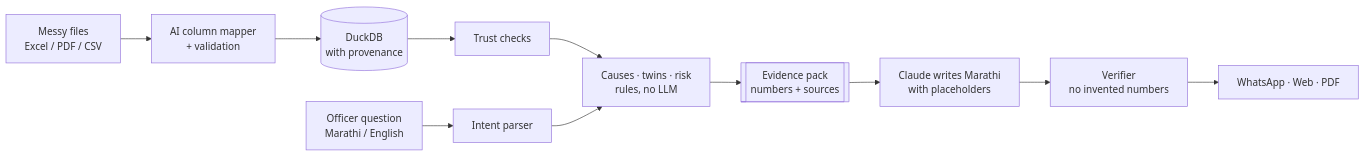
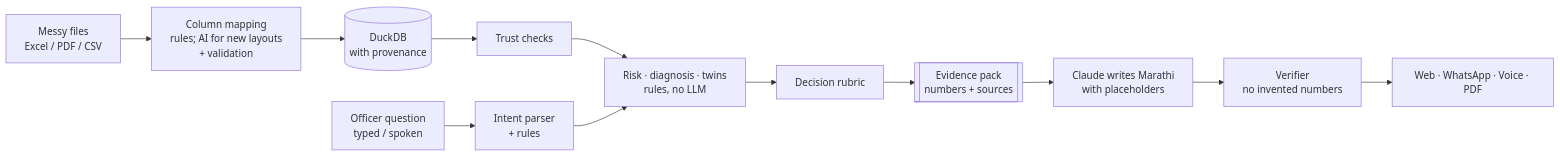
The diagram in README.md (DurgeshC16/Kaaran), drawn with Mermaid before and after one commit. The commit also changed other lines of this file and 28 other files, not shown here.

````diff
--- a/README.md
+++ b/README.md
@@ -42,12 +118,13 @@
 ```mermaid
 flowchart LR
-  A[Messy files<br/>Excel / PDF / CSV] --> B[AI column mapper<br/>+ validation]
+  A[Messy files<br/>Excel / PDF / CSV] --> B[Column mapping<br/>rules; AI for new layouts<br/>+ validation]
   B --> C[(DuckDB<br/>with provenance)]
   C --> D[Trust checks]
-  D --> E[Causes · twins · risk<br/>rules, no LLM]
-  E --> F[[Evidence pack<br/>numbers + sources]]
+  D --> E[Risk · diagnosis · twins<br/>rules, no LLM]
+  E --> R[Decision rubric]
+  R --> F[[Evidence pack<br/>numbers + sources]]
   F --> G[Claude writes Marathi<br/>with placeholders]
   G --> H[Verifier<br/>no invented numbers]
-  H --> I[WhatsApp · Web · PDF]
-  Q[Officer question<br/>Marathi / English] --> J[Intent parser] --> E
+  H --> I[Web · WhatsApp · Voice · PDF]
+  Q[Officer question<br/>typed / spoken] --> J[Intent parser<br/>+ rules] --> E
 ```
````
